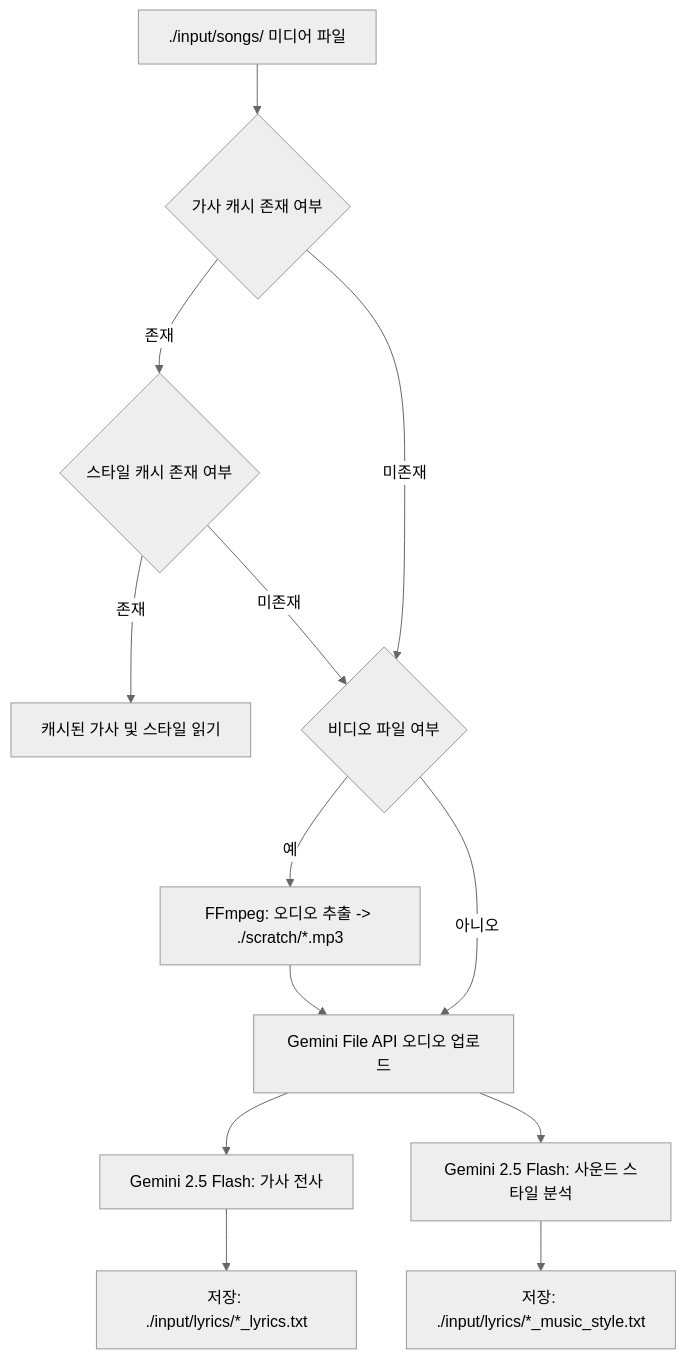
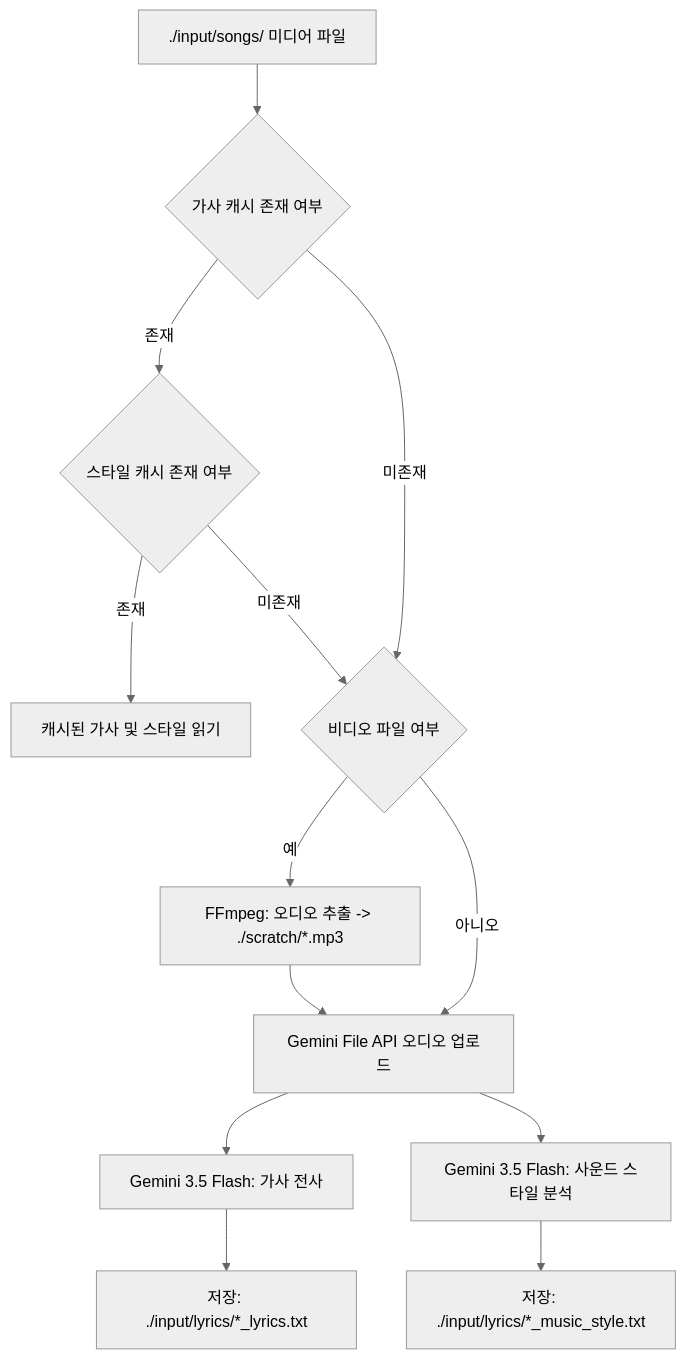
The ninth of 12 diagrams in ARCHITECTURE.md (electronicnomad/stage-backdrops), drawn with Mermaid before and after one commit. The commit also changed other lines of this file and 3 other files, not shown here.

Commit message:
feat: upgrade prompt generator model from gemini-2.5-flash to gemini-3.5-flash

````diff
--- a/ARCHITECTURE.md
+++ b/ARCHITECTURE.md
@@ -342,20 +342,20 @@
 ```mermaid
 %%{init: {'theme': 'neutral'}}%%
 flowchart TD
     SONG["./input/songs/ 미디어 파일"] --> CHK_L{"가사 캐시 존재 여부"}
     CHK_L -->|존재| CHK_S{"스타일 캐시 존재 여부"}
     CHK_S -->|존재| LOAD_CACHE["캐시된 가사 및 스타일 읽기"]
     
     CHK_L -->|미존재| IS_VID{"비디오 파일 여부"}
     CHK_S -->|미존재| IS_VID
     
     IS_VID -->|예| EXT_AUD["FFmpeg: 오디오 추출 -> ./scratch/*.mp3"]
     IS_VID -->|아니오| UPL["Gemini File API 오디오 업로드"]
     EXT_AUD --> UPL
     
-    UPL --> GEM_L["Gemini 2.5 Flash: 가사 전사"]
-    UPL --> GEM_S["Gemini 2.5 Flash: 사운드 스타일 분석"]
+    UPL --> GEM_L["Gemini 3.5 Flash: 가사 전사"]
+    UPL --> GEM_S["Gemini 3.5 Flash: 사운드 스타일 분석"]
     
     GEM_L --> SAVE_L["저장: ./input/lyrics/*_lyrics.txt"]
     GEM_S --> SAVE_S["저장: ./input/lyrics/*_music_style.txt"]
 ```
````
